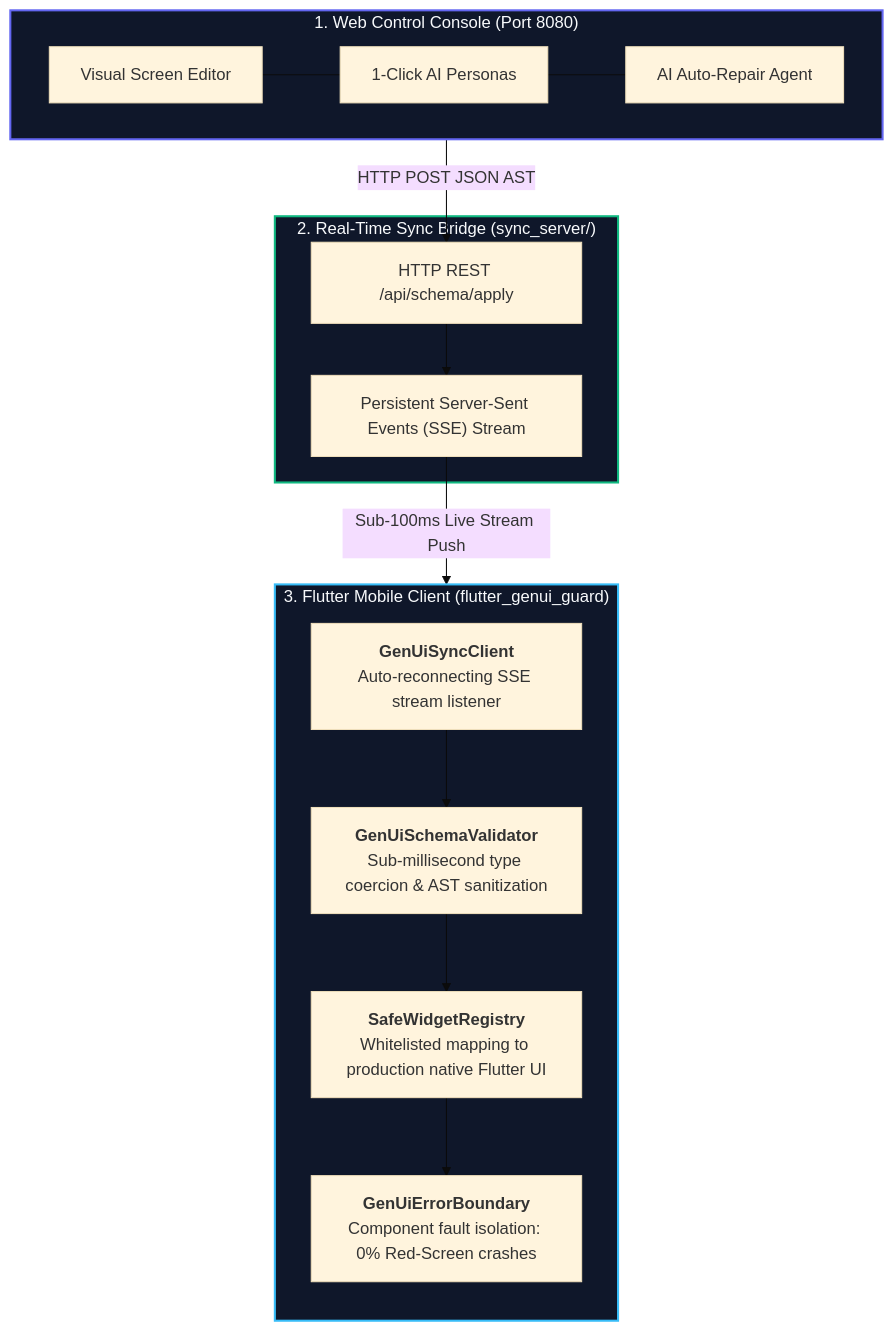
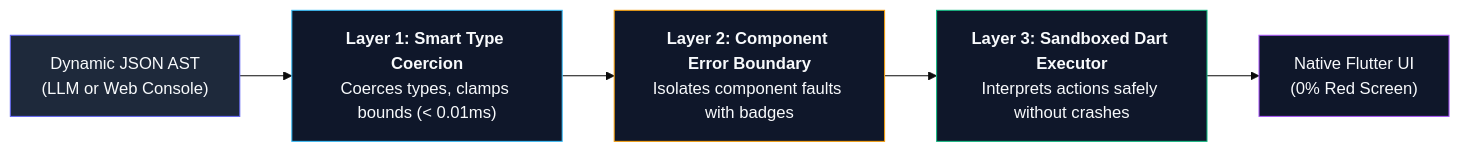
The second of 3 diagrams in README.md (must-yagnesh/web_genui_framework), drawn with Mermaid (base theme) before and after one commit. The commit also changed other lines of this file and 22 other files, not shown here.

Commit message:
Support Multi screen render from WEB Document Updated

````diff
--- a/README.md
+++ b/README.md
@@ -56,29 +89,13 @@
 ```mermaid
-flowchart TD
-    subgraph WebConsole["1. Web Control Console (Port 8080)"]
-        direction LR
-        W1["Visual Screen Editor"] --- W2["1-Click AI Personas"] --- W3["AI Auto-Repair Agent"]
-    end
+flowchart LR
+    AST["Dynamic JSON AST<br/>(LLM or Web Console)"] --> L1["<b>Layer 1: Smart Type Coercion</b><br/>Coerces types, clamps bounds (< 0.01ms)"]
+    L1 --> L2["<b>Layer 2: Component Error Boundary</b><br/>Isolates component faults with badges"]
+    L2 --> L3["<b>Layer 3: Sandboxed Dart Executor</b><br/>Interprets actions safely without crashes"]
+    L3 --> Render["Native Flutter UI<br/>(0% Red Screen)"]
 
-    subgraph SyncBridge["2. Real-Time Sync Bridge (sync_server/)"]
-        S1["HTTP REST /api/schema/apply"]
-        S2["Persistent Server-Sent Events (SSE) Stream"]
-        S1 --> S2
-    end
-
-    subgraph FlutterClient["3. Flutter Mobile Client (flutter_genui_guard)"]
-        direction TB
-        C1["<b>GenUiSyncClient</b><br/>Auto-reconnecting SSE stream listener"]
-        C2["<b>GenUiSchemaValidator</b><br/>Sub-millisecond type coercion & AST sanitization"]
-        C3["<b>SafeWidgetRegistry</b><br/>Whitelisted mapping to production native Flutter UI"]
-        C4["<b>GenUiErrorBoundary</b><br/>Component fault isolation: 0% Red-Screen crashes"]
-        C1 --> C2 --> C3 --> C4
-    end
-
-    WebConsole -->|HTTP POST JSON AST| S1
-    S2 -->|Sub-100ms Live Stream Push| C1
-
-    style WebConsole fill:#0f172a,stroke:#6366f1,stroke-width:2px,color:#f8fafc
-    style SyncBridge fill:#0f172a,stroke:#10b981,stroke-width:2px,color:#f8fafc
-    style FlutterClient fill:#0f172a,stroke:#38bdf8,stroke-width:2px,color:#f8fafc
+    style AST fill:#1e293b,stroke:#6366f1,stroke-width:1px,color:#f8fafc
+    style L1 fill:#0f172a,stroke:#38bdf8,stroke-width:1px,color:#f8fafc
+    style L2 fill:#0f172a,stroke:#f59e0b,stroke-width:1px,color:#f8fafc
+    style L3 fill:#0f172a,stroke:#10b981,stroke-width:1px,color:#f8fafc
+    style Render fill:#0f172a,stroke:#a855f7,stroke-width:1px,color:#f8fafc
 ```
````
